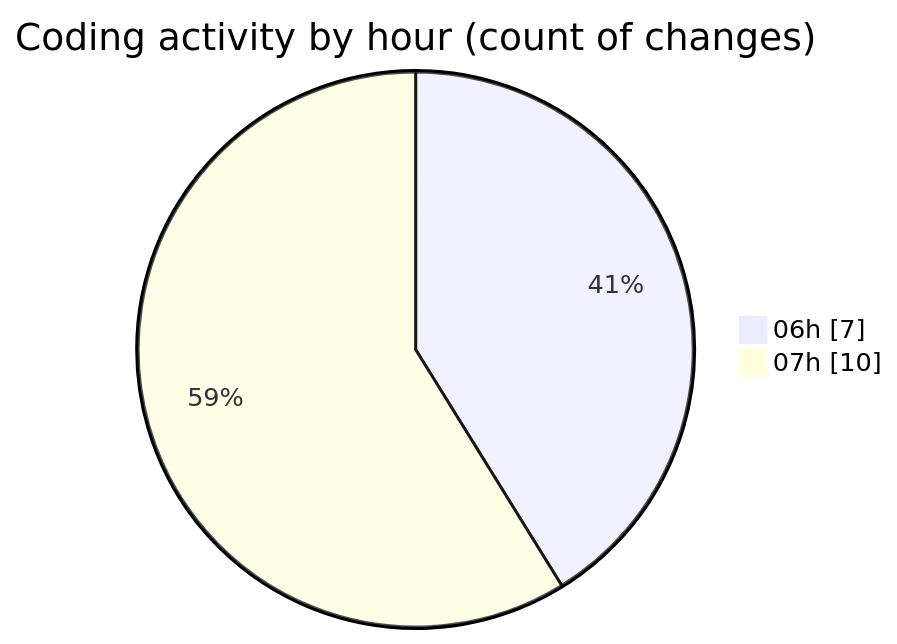
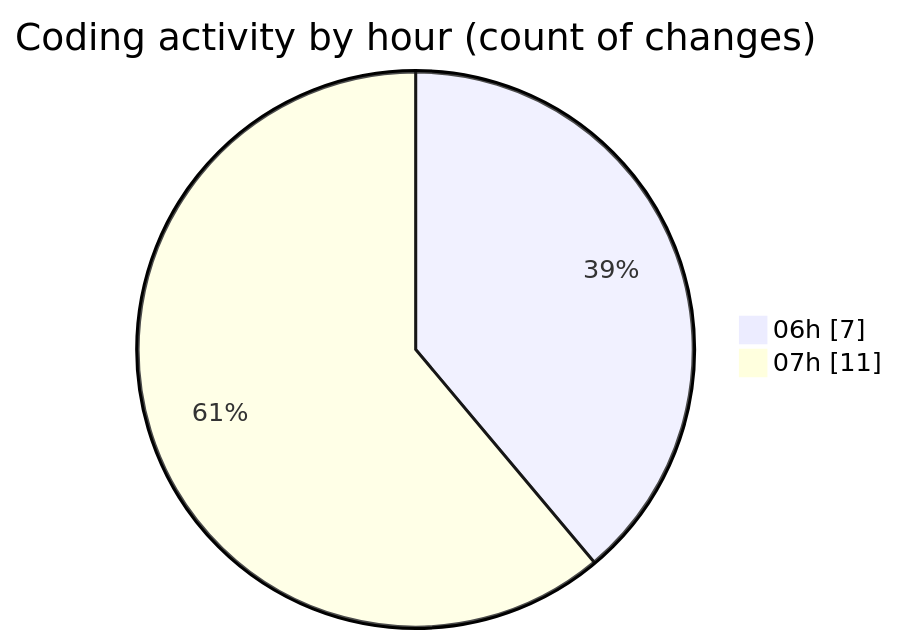
Before and after one commit to vahidmafi/code-tracking: the second of 2 diagrams in 2025-04-18/zeytoon/README.md, drawn with Mermaid. The commit also changed other lines of this file and 1 other file, not shown here.

````diff
--- a/2025-04-18/zeytoon/README.md
+++ b/2025-04-18/zeytoon/README.md
@@ -34,6 +34,6 @@
 ```mermaid
 pie showData
 title Coding activity by hour (count of changes)
 "06h" : 7
-"07h" : 10
+"07h" : 11
 ```
````
